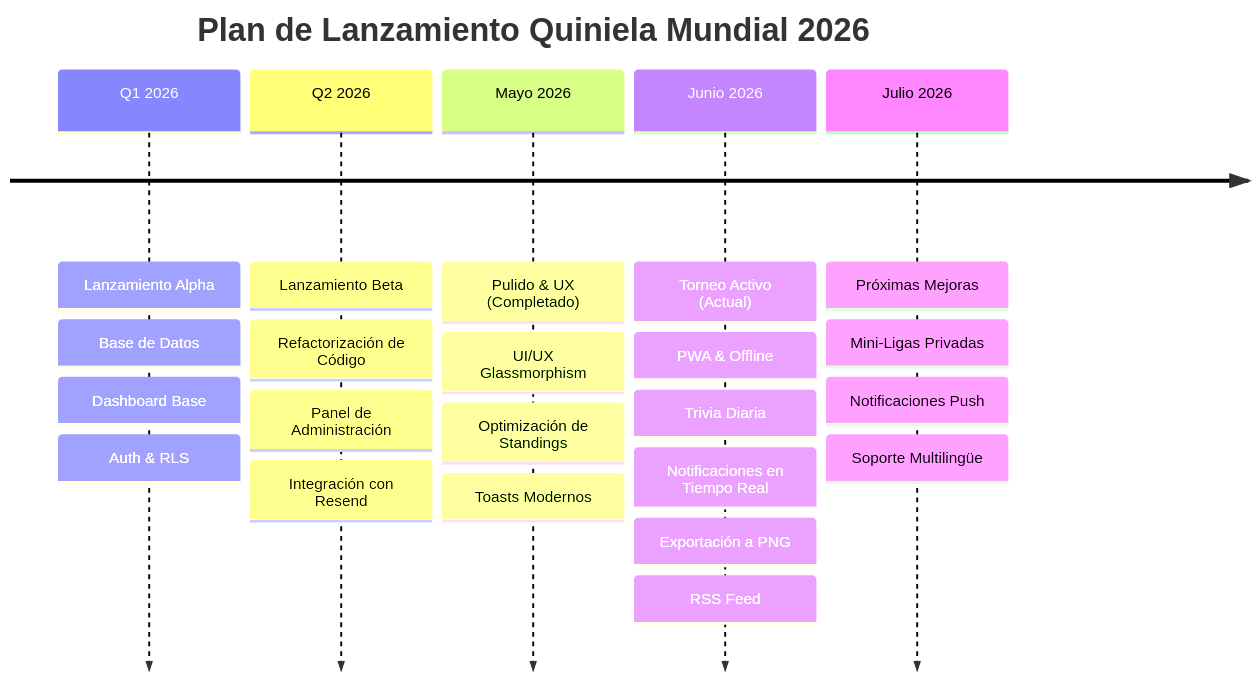
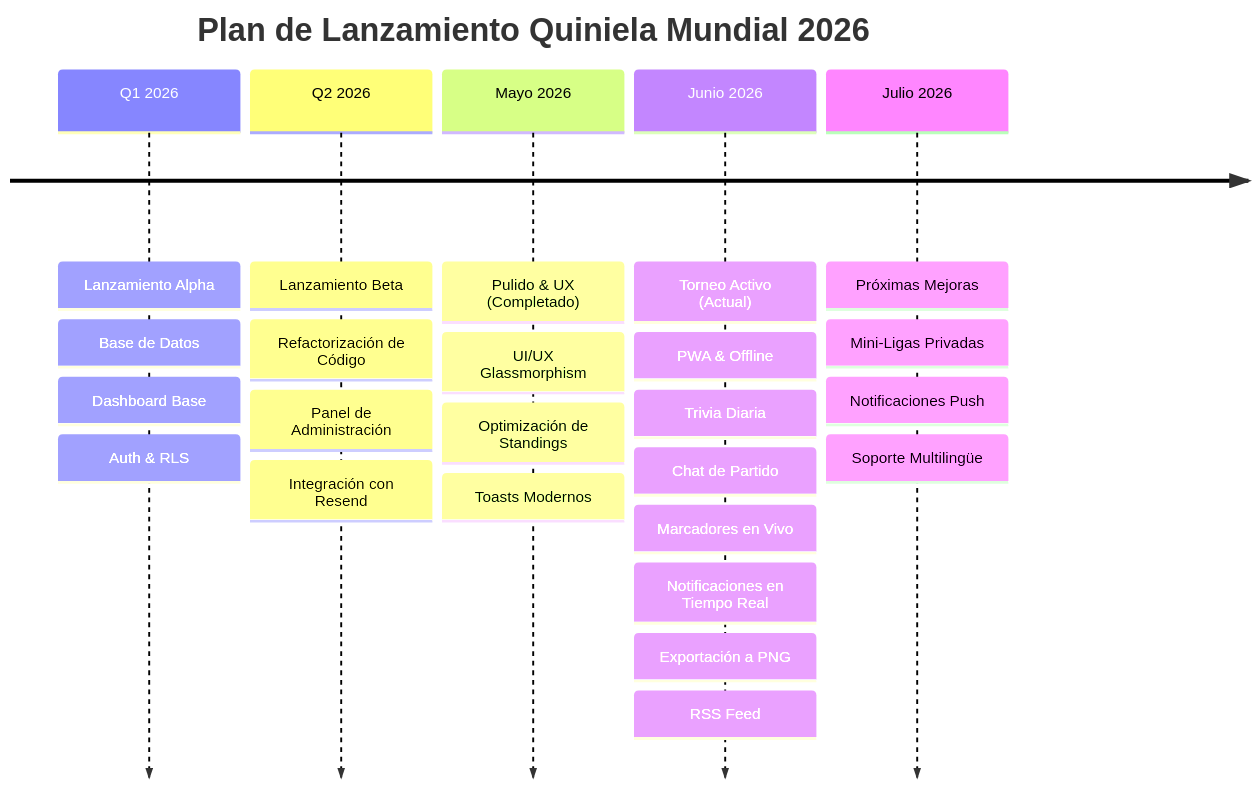
The diagram in roadmap.md (estebanzu/quiniela-del-mundial), drawn with Mermaid before and after one commit. The commit also changed other lines of this file and 5 other files, not shown here.

````diff
--- a/roadmap.md
+++ b/roadmap.md
@@ -9,9 +9,9 @@
 ```mermaid
 timeline
     title Plan de Lanzamiento Quiniela Mundial 2026
     Q1 2026 : Lanzamiento Alpha : Base de Datos : Dashboard Base : Auth & RLS
     Q2 2026 : Lanzamiento Beta : Refactorización de Código : Panel de Administración : Integración con Resend
     Mayo 2026 : Pulido & UX (Completado) : UI/UX Glassmorphism : Optimización de Standings : Toasts Modernos
-    Junio 2026 : Torneo Activo (Actual) : PWA & Offline : Trivia Diaria : Notificaciones en Tiempo Real : Exportación a PNG : RSS Feed
+    Junio 2026 : Torneo Activo (Actual) : PWA & Offline : Trivia Diaria : Chat de Partido : Marcadores en Vivo : Notificaciones en Tiempo Real : Exportación a PNG : RSS Feed
     Julio 2026 : Próximas Mejoras : Mini-Ligas Privadas : Notificaciones Push : Soporte Multilingüe
 ```
````
